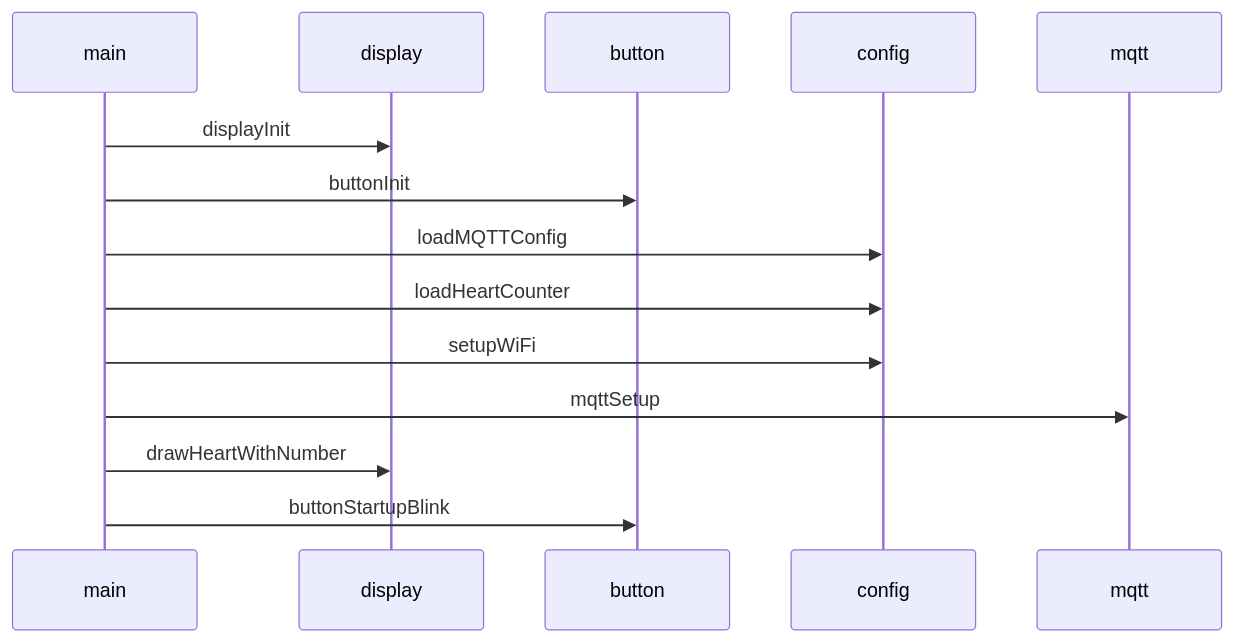
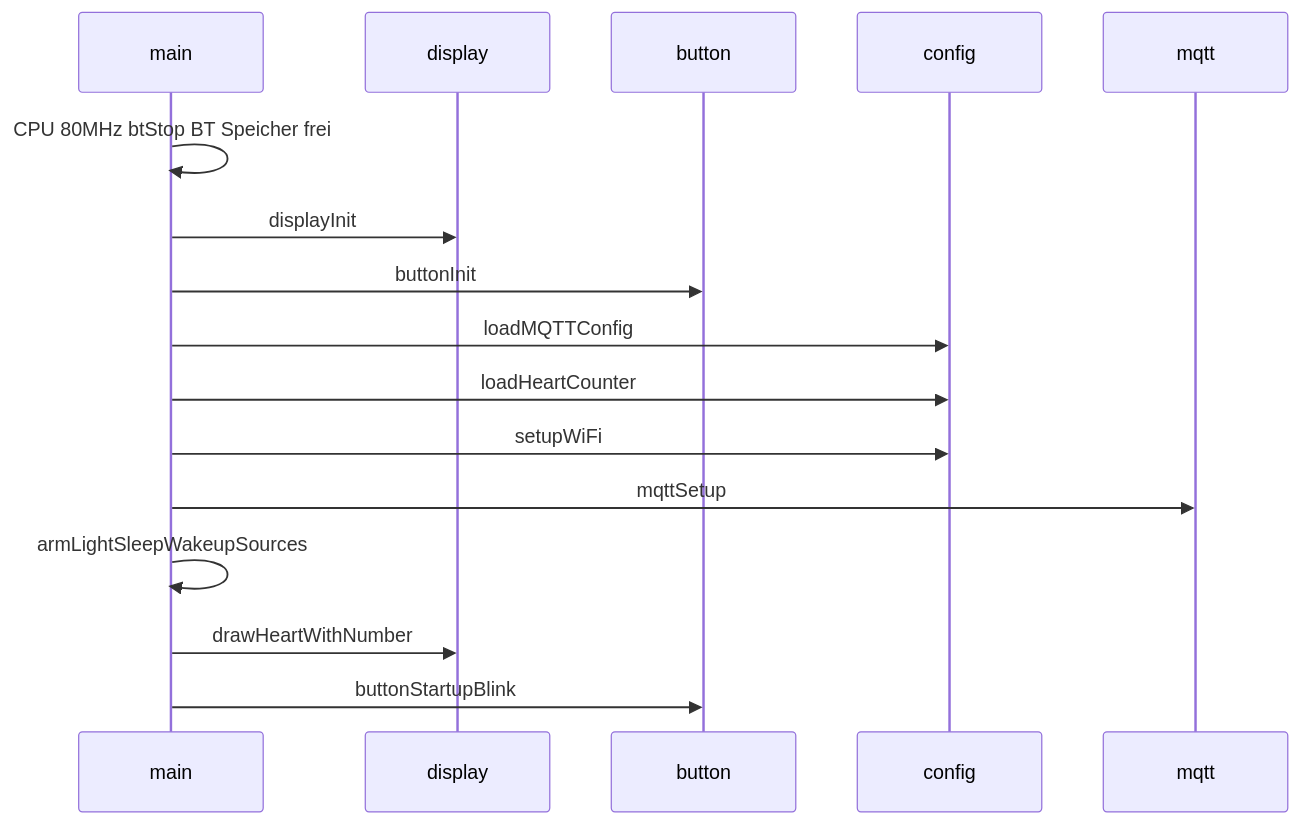
The third of 4 diagrams in docs/ARCHITECTURE.md (EyJunge1/chaya2mqtt), drawn with Mermaid before and after one commit. The commit also changed other lines of this file and 3 other files, not shown here.

First line of the commit message:
Enhance architecture and module documentation for light sleep and MQTT handling

````diff
--- a/docs/ARCHITECTURE.md
+++ b/docs/ARCHITECTURE.md
@@ -70,17 +70,19 @@
 ```mermaid
 sequenceDiagram
     participant M as main
     participant D as display
     participant B as button
     participant C as config
     participant Q as mqtt
 
+    M->>M: CPU 80MHz btStop BT Speicher frei
     M->>D: displayInit
     M->>B: buttonInit
     M->>C: loadMQTTConfig
     M->>C: loadHeartCounter
     M->>C: setupWiFi
     M->>Q: mqttSetup
+    M->>M: armLightSleepWakeupSources
     M->>D: drawHeartWithNumber
     M->>B: buttonStartupBlink
 ```
````
